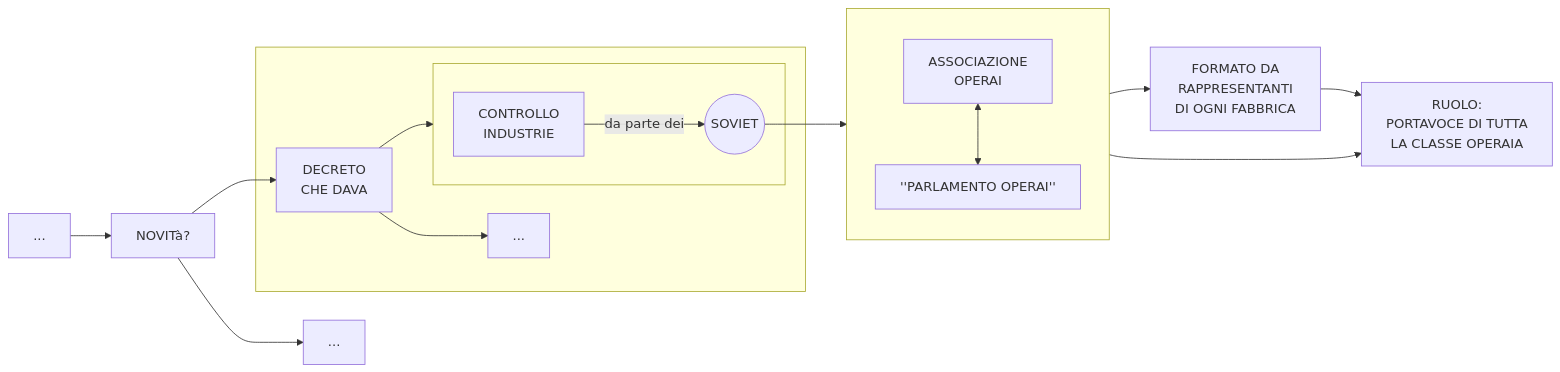
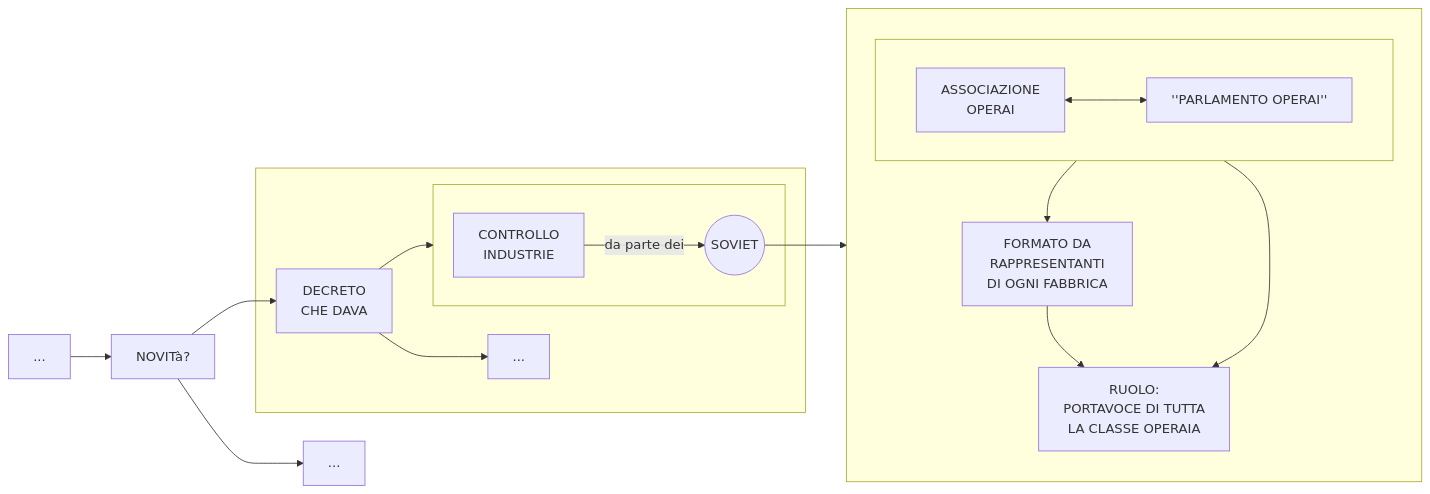
One commit to Laaouatni/ricerca-storia-MermaidJS changed the third of 3 diagrams in stalinismo.md. Above: the diagram before and after it, drawn with Mermaid.

````diff
--- a/stalinismo.md
+++ b/stalinismo.md
@@ -77,27 +77,29 @@
 ```mermaid
 flowchart LR
     0[...] 
     01[NOVITà?]
     subgraph 013[" "]
         010[DECRETO <br> CHE DAVA]
         011[...]
         subgraph 012[" "]
             0120[CONTROLLO<br>INDUSTRIE]
             01200((SOVIET))
             0120 -->|da parte dei| 01200
         end
         010 --> 011 & 012
     end
     014[...]
-    subgraph 02[" "]
-        020[ASSOCIAZIONE <br> OPERAI]
-        021["''PARLAMENTO OPERAI''"]
-        020 <-->021
+    subgraph 05[" "]
+        subgraph 02[" "]
+            020[ASSOCIAZIONE <br> OPERAI]
+            021["''PARLAMENTO OPERAI''"]
+            020 <-->021
+        end
+        03[FORMATO DA <br> RAPPRESENTANTI <BR> DI OGNI FABBRICA]
+        04[RUOLO: <BR> PORTAVOCE DI TUTTA <BR> LA CLASSE OPERAIA]
     end
-    03[FORMATO DA <br> RAPPRESENTANTI <BR> DI OGNI FABBRICA]
-    04[RUOLO: <BR> PORTAVOCE DI TUTTA <BR> LA CLASSE OPERAIA]
     02 --> 03 & 04
     03 --> 04
-    01200 --> 02
+    01200 --> 05
     0 --> 01 --> 010 & 014
 ```
````
